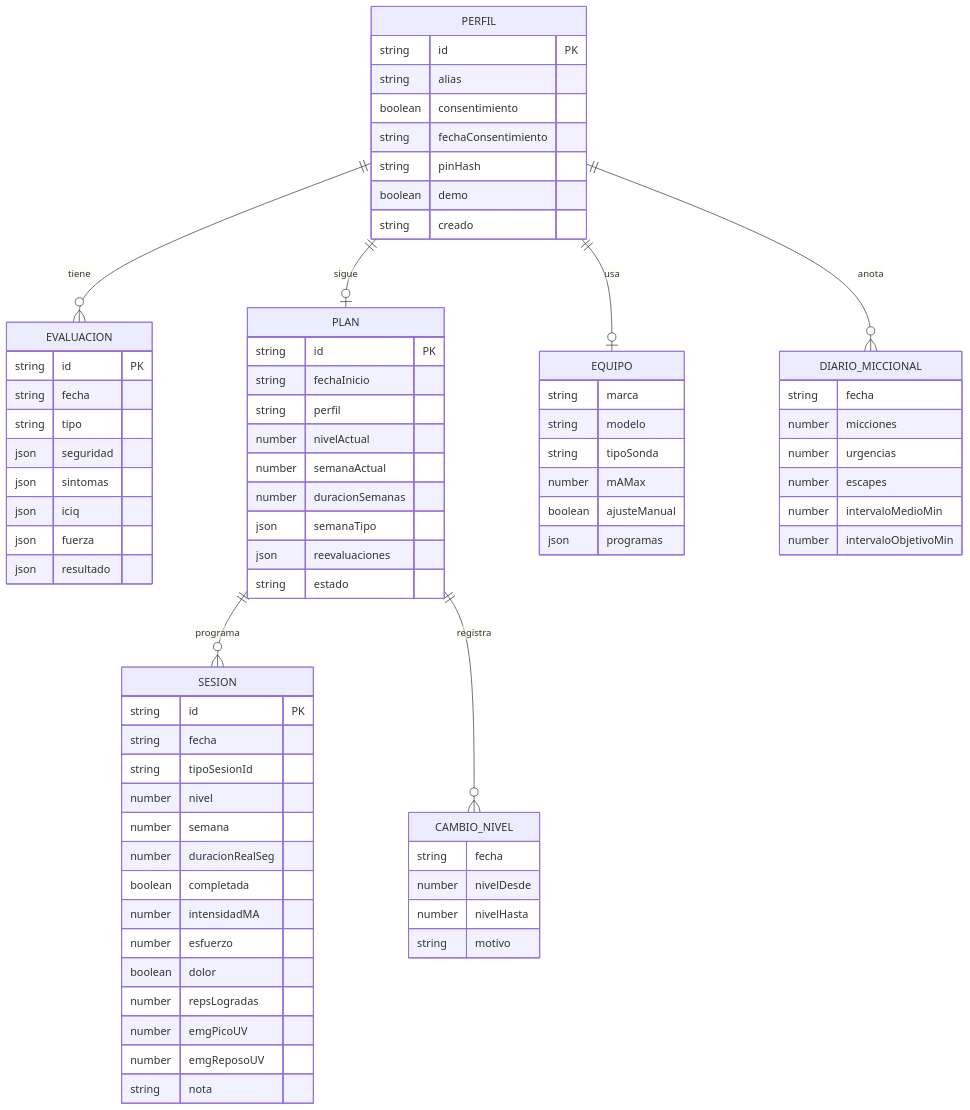
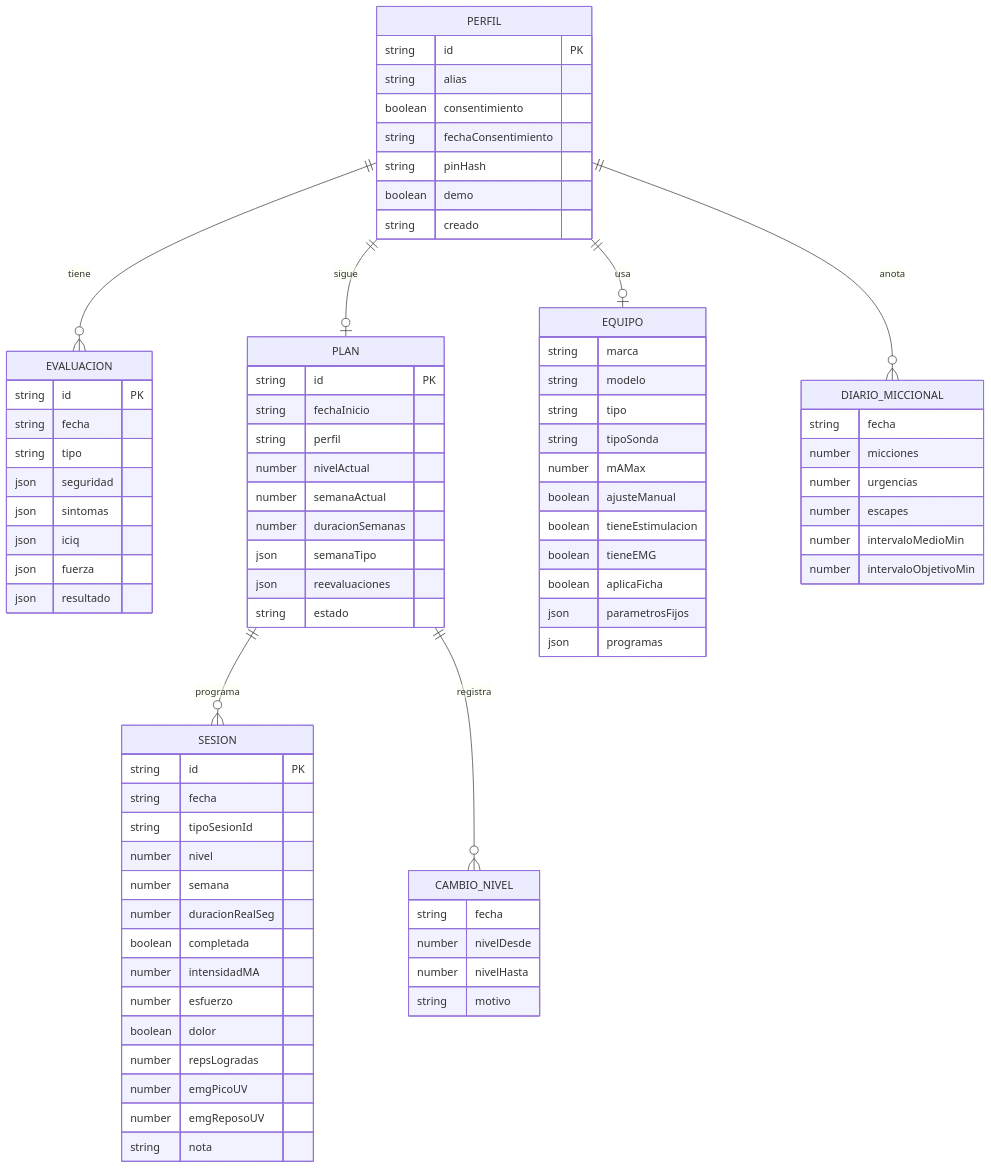
Before and after one commit to kilder16/pelvia-app: the eighth of 9 diagrams in docs/diseno.md, drawn with Mermaid. The commit also changed other lines of this file and 3 other files, not shown here.

````diff
--- a/docs/diseno.md
+++ b/docs/diseno.md
@@ -217,77 +217,82 @@
 ```mermaid
 erDiagram
     PERFIL ||--o{ EVALUACION : tiene
     PERFIL ||--o| PLAN : sigue
     PERFIL ||--o| EQUIPO : usa
     PLAN ||--o{ SESION : programa
     PLAN ||--o{ CAMBIO_NIVEL : registra
     PERFIL ||--o{ DIARIO_MICCIONAL : anota
     PERFIL {
         string id PK
         string alias
         boolean consentimiento
         string fechaConsentimiento
         string pinHash
         boolean demo
         string creado
     }
     EQUIPO {
         string marca
         string modelo
+        string tipo
         string tipoSonda
         number mAMax
         boolean ajusteManual
+        boolean tieneEstimulacion
+        boolean tieneEMG
+        boolean aplicaFicha
+        json parametrosFijos
         json programas
     }
     EVALUACION {
         string id PK
         string fecha
         string tipo
         json seguridad
         json sintomas
         json iciq
         json fuerza
         json resultado
     }
     PLAN {
         string id PK
         string fechaInicio
         string perfil
         number nivelActual
         number semanaActual
         number duracionSemanas
         json semanaTipo
         json reevaluaciones
         string estado
     }
     SESION {
         string id PK
         string fecha
         string tipoSesionId
         number nivel
         number semana
         number duracionRealSeg
         boolean completada
         number intensidadMA
         number esfuerzo
         boolean dolor
         number repsLogradas
         number emgPicoUV
         number emgReposoUV
         string nota
     }
     CAMBIO_NIVEL {
         string fecha
         number nivelDesde
         number nivelHasta
         string motivo
     }
     DIARIO_MICCIONAL {
         string fecha
         number micciones
         number urgencias
         number escapes
         number intervaloMedioMin
         number intervaloObjetivoMin
     }
 ```
````
